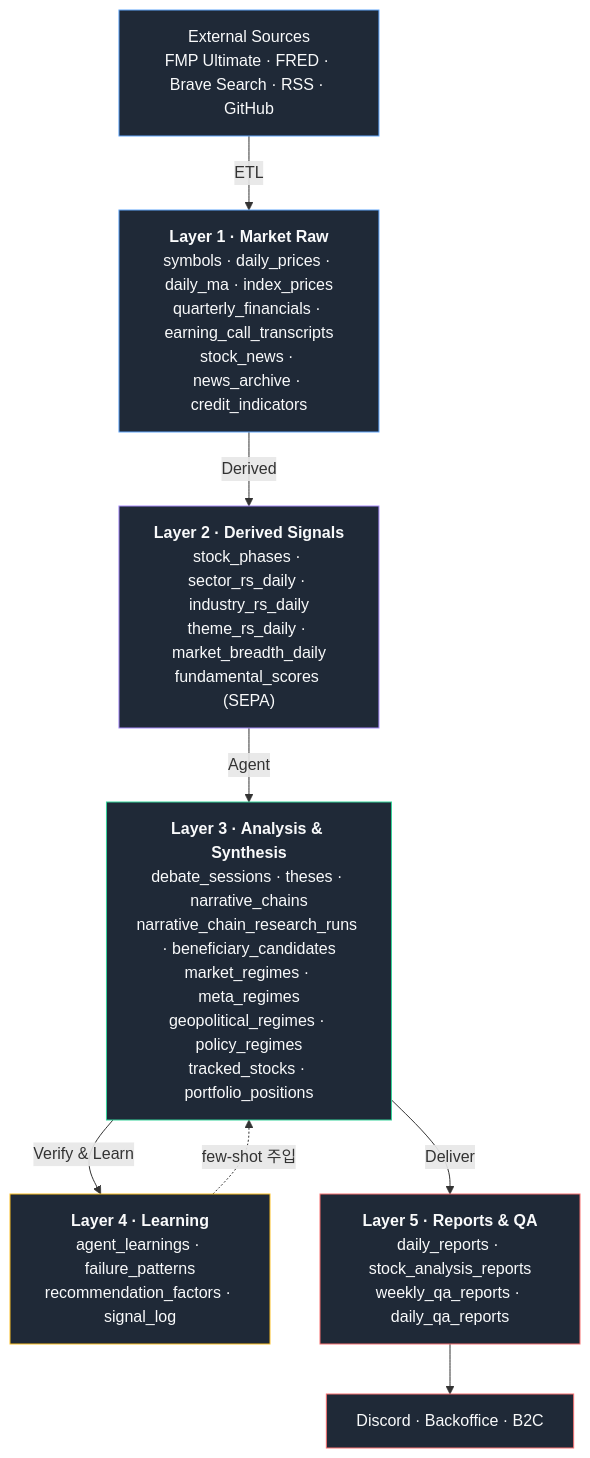
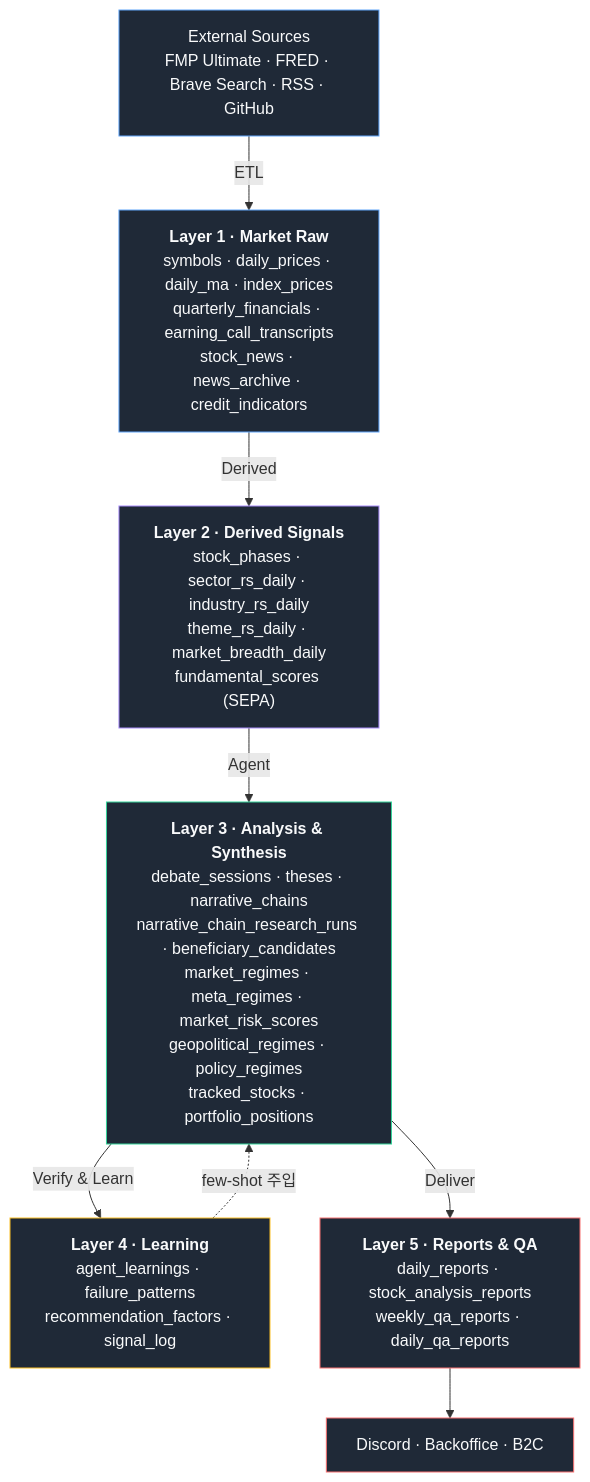
One commit to sossost/market-analyst-showcase changed the second of 2 diagrams in docs/architecture.md. Above: the diagram before and after it, drawn with Mermaid. The commit also changed other lines of this file and 1 other file, not shown here.

````diff
--- a/docs/architecture.md
+++ b/docs/architecture.md
@@ -43,29 +43,29 @@
 ```mermaid
 flowchart TB
     EXT["External Sources<br/>FMP Ultimate · FRED · Brave Search · RSS · GitHub"]
     L1["<b>Layer 1 · Market Raw</b><br/>symbols · daily_prices · daily_ma · index_prices<br/>quarterly_financials · earning_call_transcripts<br/>stock_news · news_archive · credit_indicators"]
     L2["<b>Layer 2 · Derived Signals</b><br/>stock_phases · sector_rs_daily · industry_rs_daily<br/>theme_rs_daily · market_breadth_daily<br/>fundamental_scores (SEPA)"]
-    L3["<b>Layer 3 · Analysis & Synthesis</b><br/>debate_sessions · theses · narrative_chains<br/>narrative_chain_research_runs · beneficiary_candidates<br/>market_regimes · meta_regimes<br/>geopolitical_regimes · policy_regimes<br/>tracked_stocks · portfolio_positions"]
+    L3["<b>Layer 3 · Analysis & Synthesis</b><br/>debate_sessions · theses · narrative_chains<br/>narrative_chain_research_runs · beneficiary_candidates<br/>market_regimes · meta_regimes · market_risk_scores<br/>geopolitical_regimes · policy_regimes<br/>tracked_stocks · portfolio_positions"]
     L4["<b>Layer 4 · Learning</b><br/>agent_learnings · failure_patterns<br/>recommendation_factors · signal_log"]
     L5["<b>Layer 5 · Reports & QA</b><br/>daily_reports · stock_analysis_reports<br/>weekly_qa_reports · daily_qa_reports"]
     OUT["Discord · Backoffice · B2C"]
 
     EXT -->|ETL| L1
     L1 -->|Derived| L2
     L2 -->|Agent| L3
     L3 -->|Verify & Learn| L4
     L4 -. few-shot 주입 .-> L3
     L3 -->|Deliver| L5
     L5 --> OUT
 
     classDef raw fill:#1f2937,stroke:#60a5fa,color:#f9fafb
     classDef derived fill:#1f2937,stroke:#a78bfa,color:#f9fafb
     classDef agent fill:#1f2937,stroke:#34d399,color:#f9fafb
     classDef learn fill:#1f2937,stroke:#fbbf24,color:#f9fafb
     classDef out fill:#1f2937,stroke:#f87171,color:#f9fafb
     class EXT,L1 raw
     class L2 derived
     class L3 agent
     class L4 learn
     class L5,OUT out
 ```
````
